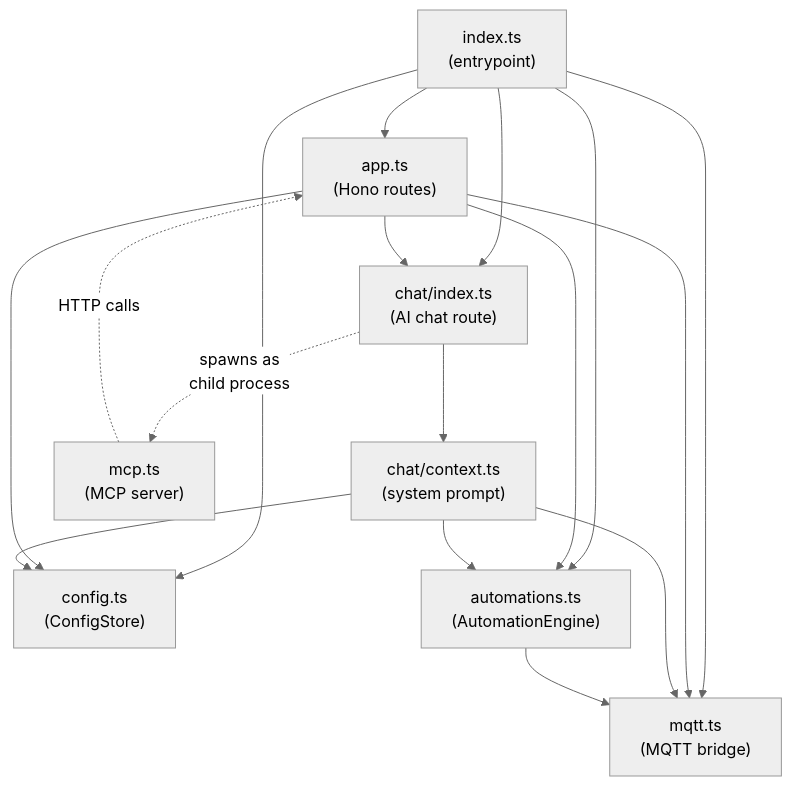
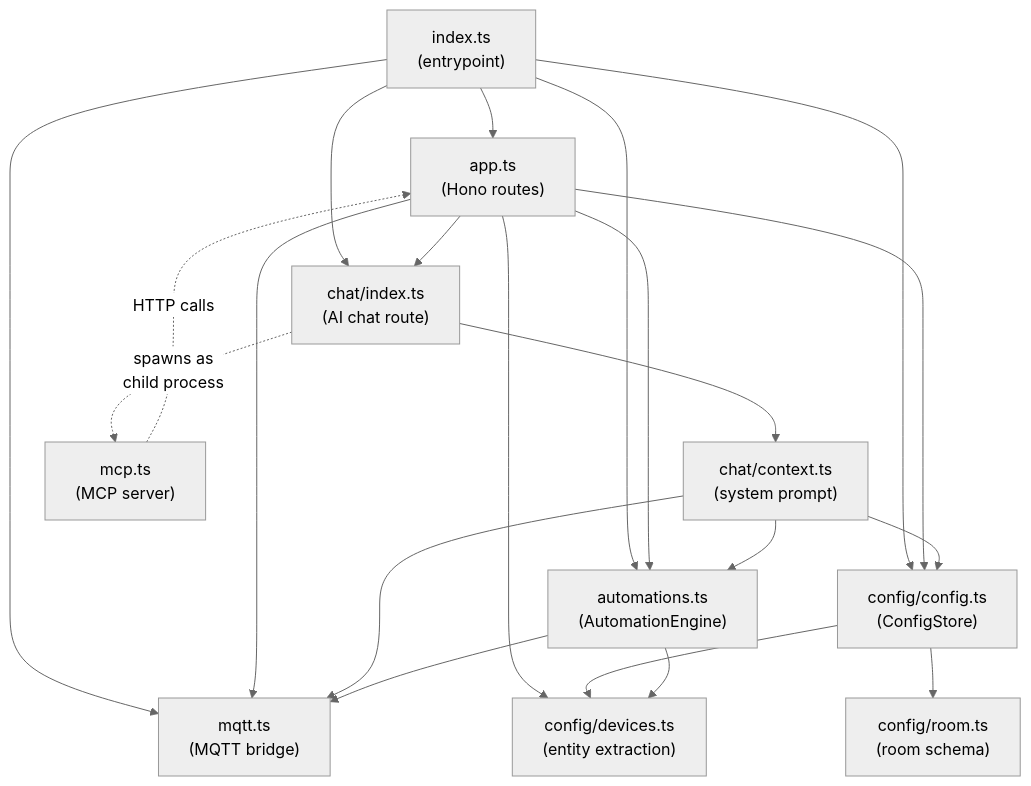
One commit to 0-ft/minhome changed the diagram in server/README.md. Above: the diagram before and after it, drawn with Mermaid (neutral theme). The commit also changed other lines of this file and 6 other files, not shown here.

````diff
--- a/server/README.md
+++ b/server/README.md
@@ -7,31 +7,38 @@
 ```mermaid
 flowchart TD
     index["index.ts\n(entrypoint)"]
     app["app.ts\n(Hono routes)"]
     mqtt["mqtt.ts\n(MQTT bridge)"]
-    config["config.ts\n(ConfigStore)"]
+    config["config/config.ts\n(ConfigStore)"]
+    devices["config/devices.ts\n(entity extraction)"]
+    room["config/room.ts\n(room schema)"]
     automations["automations.ts\n(AutomationEngine)"]
     chatIndex["chat/index.ts\n(AI chat route)"]
     chatContext["chat/context.ts\n(system prompt)"]
     mcp["mcp.ts\n(MCP server)"]
 
     index --> app
     index --> mqtt
     index --> config
     index --> automations
     index --> chatIndex
 
     app --> mqtt
     app --> config
+    app --> devices
     app --> automations
     app --> chatIndex
+
+    config --> devices
+    config --> room
 
     chatIndex --> chatContext
     chatIndex -. "spawns as\nchild process" .-> mcp
     chatContext --> mqtt
     chatContext --> config
     chatContext --> automations
 
     automations --> mqtt
+    automations --> devices
     mcp -. "HTTP calls" .-> app
 ```
````
